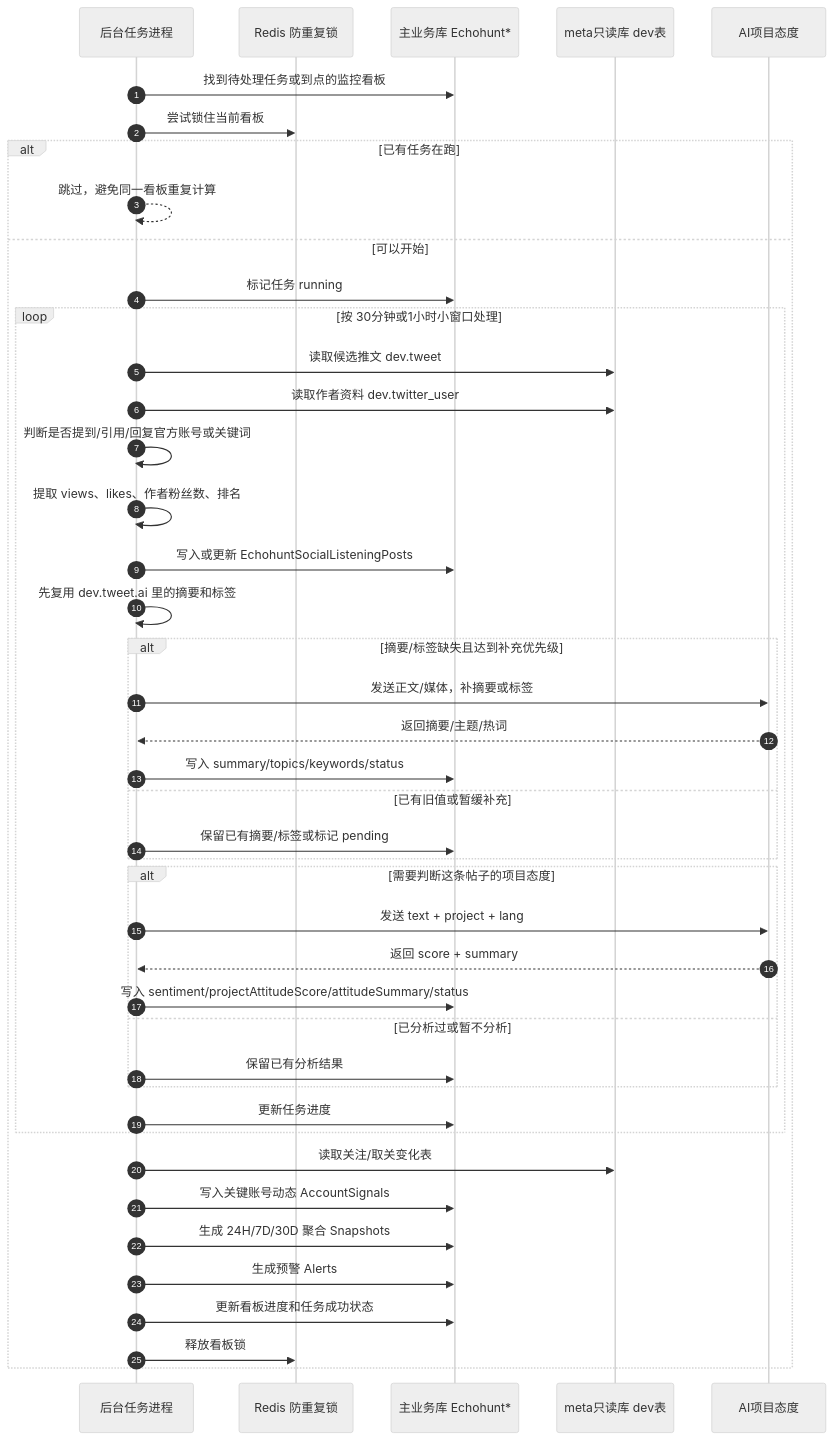
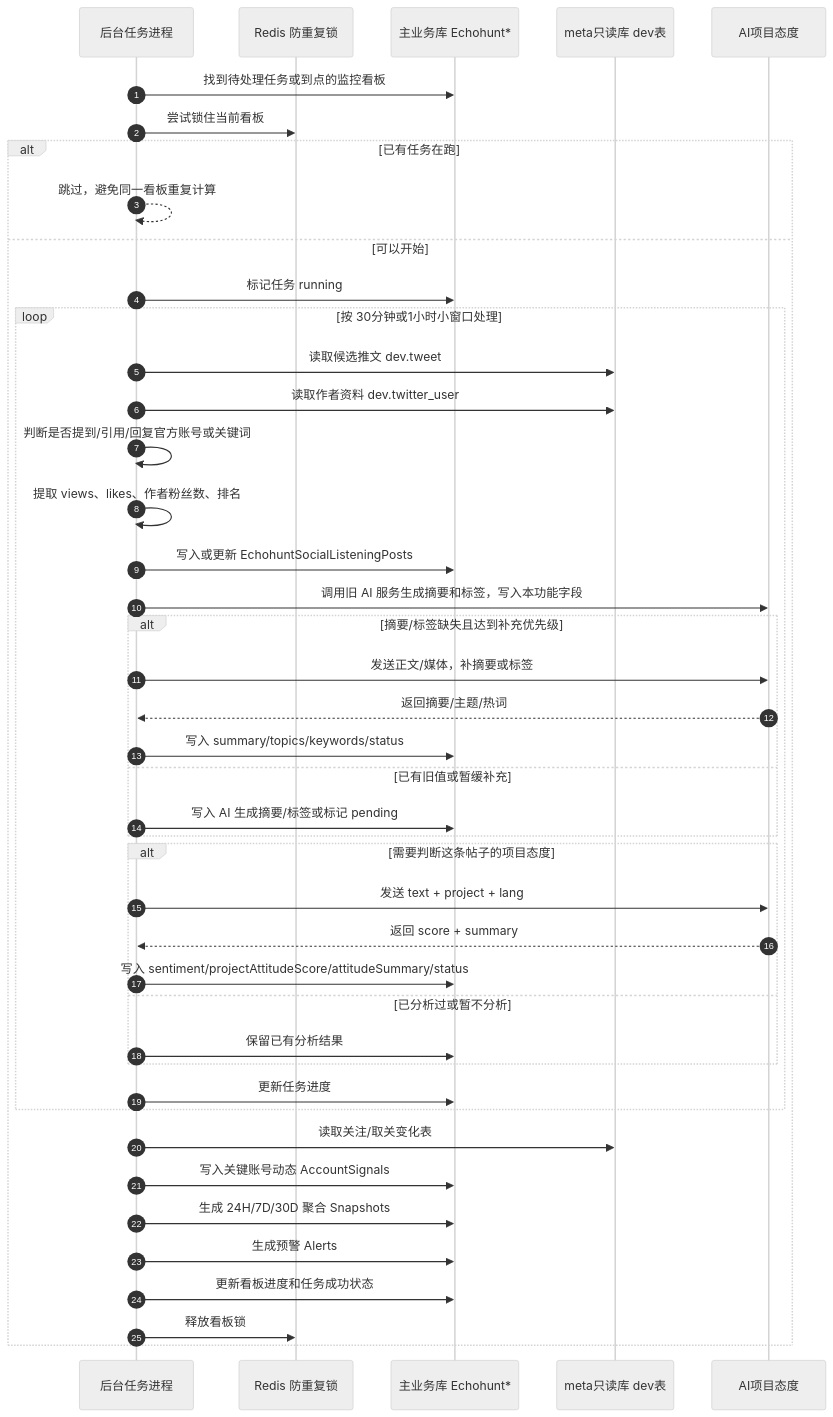
One commit to Luykin/luykin-chaineye-service changed the third of 11 diagrams in docs/social-listening-technical-implementation.md. Above: the diagram before and after it, drawn with Mermaid (neutral theme). The commit also changed other lines of this file and 22 other files, not shown here.

````diff
--- a/docs/social-listening-technical-implementation.md
+++ b/docs/social-listening-technical-implementation.md
@@ -1565,46 +1566,46 @@
 ```mermaid
 sequenceDiagram
   autonumber
   participant Jobs as 后台任务进程
   participant Redis as Redis 防重复锁
   participant MainDB as 主业务库 Echohunt*
   participant MetaDB as meta只读库 dev表
   participant AI as AI项目态度
 
   Jobs->>MainDB: 找到待处理任务或到点的监控看板
   Jobs->>Redis: 尝试锁住当前看板
   alt 已有任务在跑
     Jobs-->>Jobs: 跳过，避免同一看板重复计算
   else 可以开始
     Jobs->>MainDB: 标记任务 running
     loop 按 30分钟或1小时小窗口处理
       Jobs->>MetaDB: 读取候选推文 dev.tweet
       Jobs->>MetaDB: 读取作者资料 dev.twitter_user
       Jobs->>Jobs: 判断是否提到/引用/回复官方账号或关键词
       Jobs->>Jobs: 提取 views、likes、作者粉丝数、排名
       Jobs->>MainDB: 写入或更新 EchohuntSocialListeningPosts
-      Jobs->>Jobs: 先复用 dev.tweet.ai 里的摘要和标签
+      Jobs->>AI: 调用旧 AI 服务生成摘要和标签，写入本功能字段
       alt 摘要/标签缺失且达到补充优先级
         Jobs->>AI: 发送正文/媒体，补摘要或标签
         AI-->>Jobs: 返回摘要/主题/热词
         Jobs->>MainDB: 写入 summary/topics/keywords/status
       else 已有旧值或暂缓补充
-        Jobs->>MainDB: 保留已有摘要/标签或标记 pending
+        Jobs->>MainDB: 写入 AI 生成摘要/标签或标记 pending
       end
       alt 需要判断这条帖子的项目态度
         Jobs->>AI: 发送 text + project + lang
         AI-->>Jobs: 返回 score + summary
         Jobs->>MainDB: 写入 sentiment/projectAttitudeScore/attitudeSummary/status
       else 已分析过或暂不分析
         Jobs->>MainDB: 保留已有分析结果
       end
       Jobs->>MainDB: 更新任务进度
     end
     Jobs->>MetaDB: 读取关注/取关变化表
     Jobs->>MainDB: 写入关键账号动态 AccountSignals
     Jobs->>MainDB: 生成 24H/7D/30D 聚合 Snapshots
     Jobs->>MainDB: 生成预警 Alerts
     Jobs->>MainDB: 更新看板进度和任务成功状态
     Jobs->>Redis: 释放看板锁
   end
 ```
````
